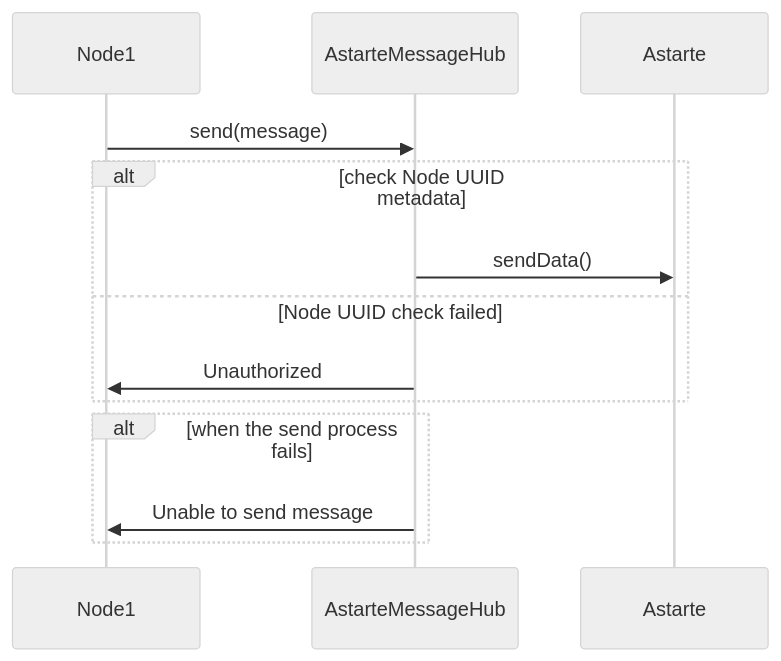
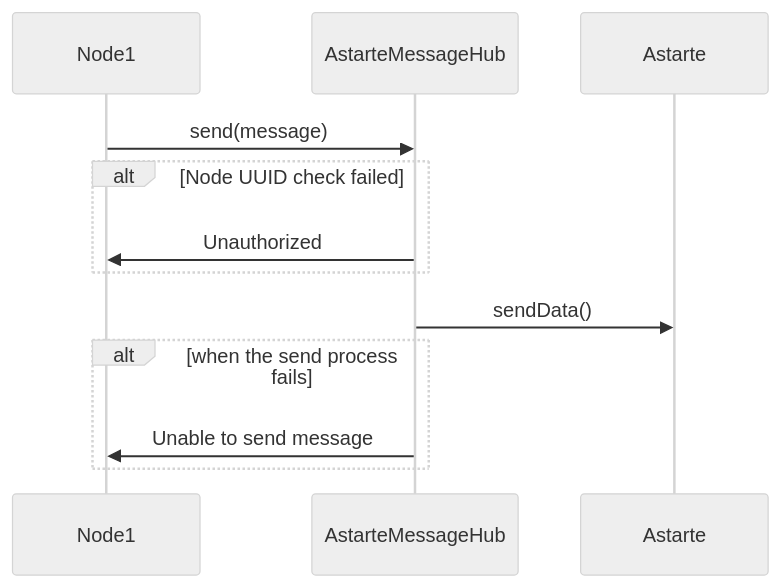
One commit to astarte-platform/astarte-message-hub changed the third of 4 diagrams in docs/ARCHITECTURE.md. Above: the diagram before and after it, drawn with Mermaid (neutral theme). The commit also changed other lines of this file and 2 other files, not shown here.

````diff
--- a/docs/ARCHITECTURE.md
+++ b/docs/ARCHITECTURE.md
@@ -199,16 +199,15 @@
 ```mermaid
 sequenceDiagram
     participant Node1
     participant AstarteMessageHub
     participant Astarte
     Node1->>AstarteMessageHub: send(message)
-    alt check Node UUID metadata
-        AstarteMessageHub ->> Astarte: sendData()
-    else Node UUID check failed
+    alt Node UUID check failed
         AstarteMessageHub ->> Node1: Unauthorized
     end
+    AstarteMessageHub ->> Astarte: sendData()
     alt when the send process fails
          AstarteMessageHub->>Node1: Unable to send message
     end
 
 ```
````
